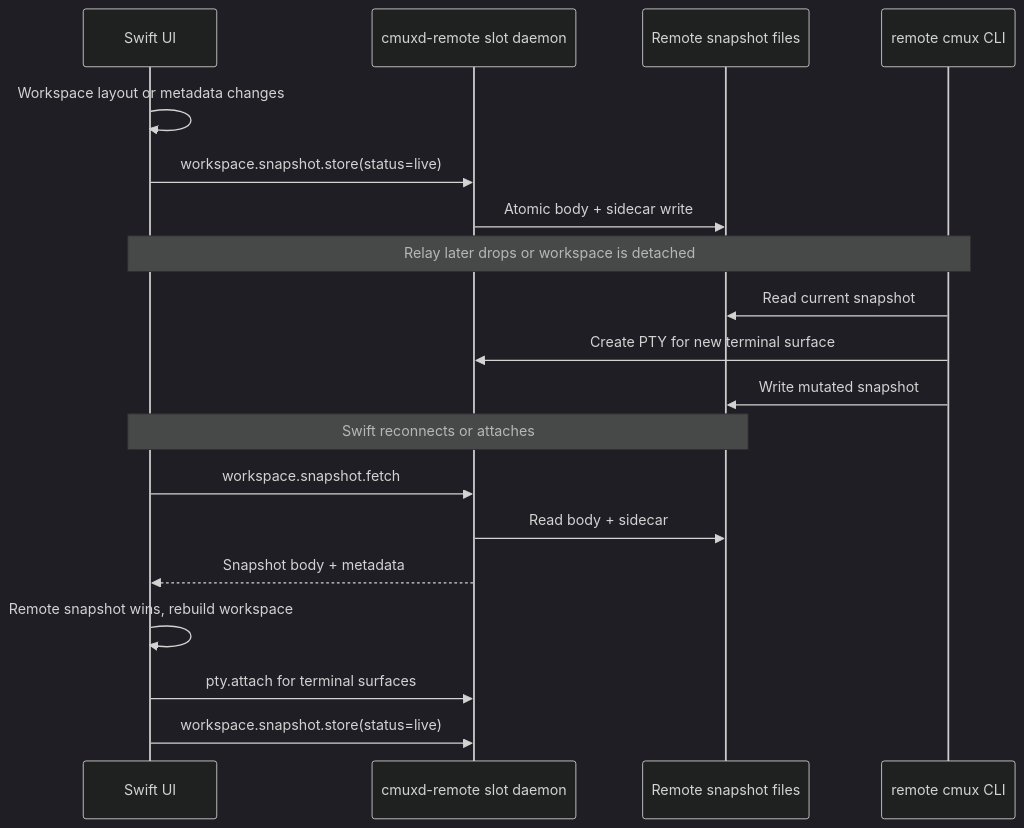
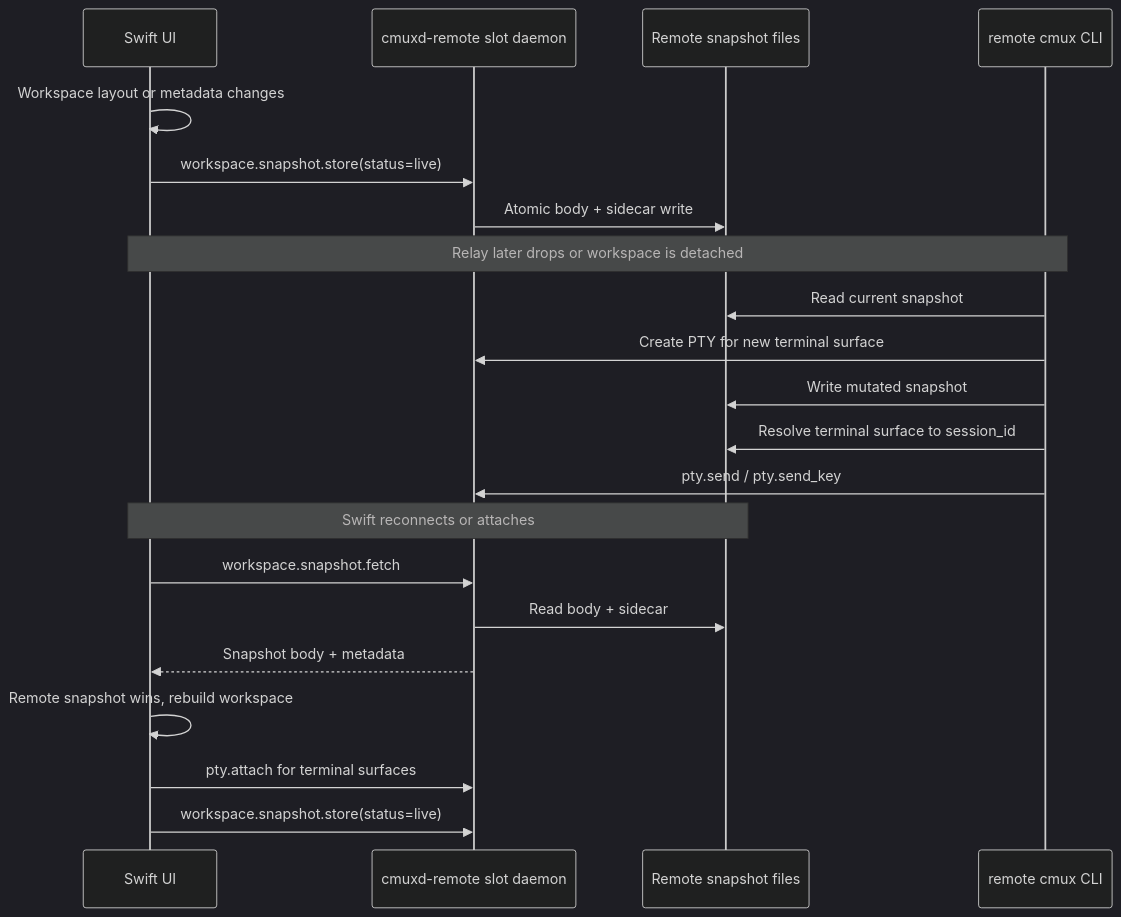
The third of 4 diagrams in docs/remote-workspace-detached-metadata-plan.md (edbordin-linktree/cmux), drawn with Mermaid (dark theme) before and after one commit. The commit also changed other lines of this file and 6 other files, not shown here.

Commit message:
Support detached terminal input via daemon PTY RPCs

````diff
--- a/docs/remote-workspace-detached-metadata-plan.md
+++ b/docs/remote-workspace-detached-metadata-plan.md
@@ -131,26 +134,28 @@
 ```mermaid
 sequenceDiagram
   participant Swift as Swift UI
   participant Daemon as cmuxd-remote slot daemon
   participant Snap as Remote snapshot files
   participant RemoteCLI as remote cmux CLI
 
   Swift->>Swift: Workspace layout or metadata changes
   Swift->>Daemon: workspace.snapshot.store(status=live)
   Daemon->>Snap: Atomic body + sidecar write
 
   Note over Swift,RemoteCLI: Relay later drops or workspace is detached
 
   RemoteCLI->>Snap: Read current snapshot
   RemoteCLI->>Daemon: Create PTY for new terminal surface
   RemoteCLI->>Snap: Write mutated snapshot
+  RemoteCLI->>Snap: Resolve terminal surface to session_id
+  RemoteCLI->>Daemon: pty.send / pty.send_key
 
   Note over Swift,Snap: Swift reconnects or attaches
 
   Swift->>Daemon: workspace.snapshot.fetch
   Daemon->>Snap: Read body + sidecar
   Daemon-->>Swift: Snapshot body + metadata
   Swift->>Swift: Remote snapshot wins, rebuild workspace
   Swift->>Daemon: pty.attach for terminal surfaces
   Swift->>Daemon: workspace.snapshot.store(status=live)
 ```
````
